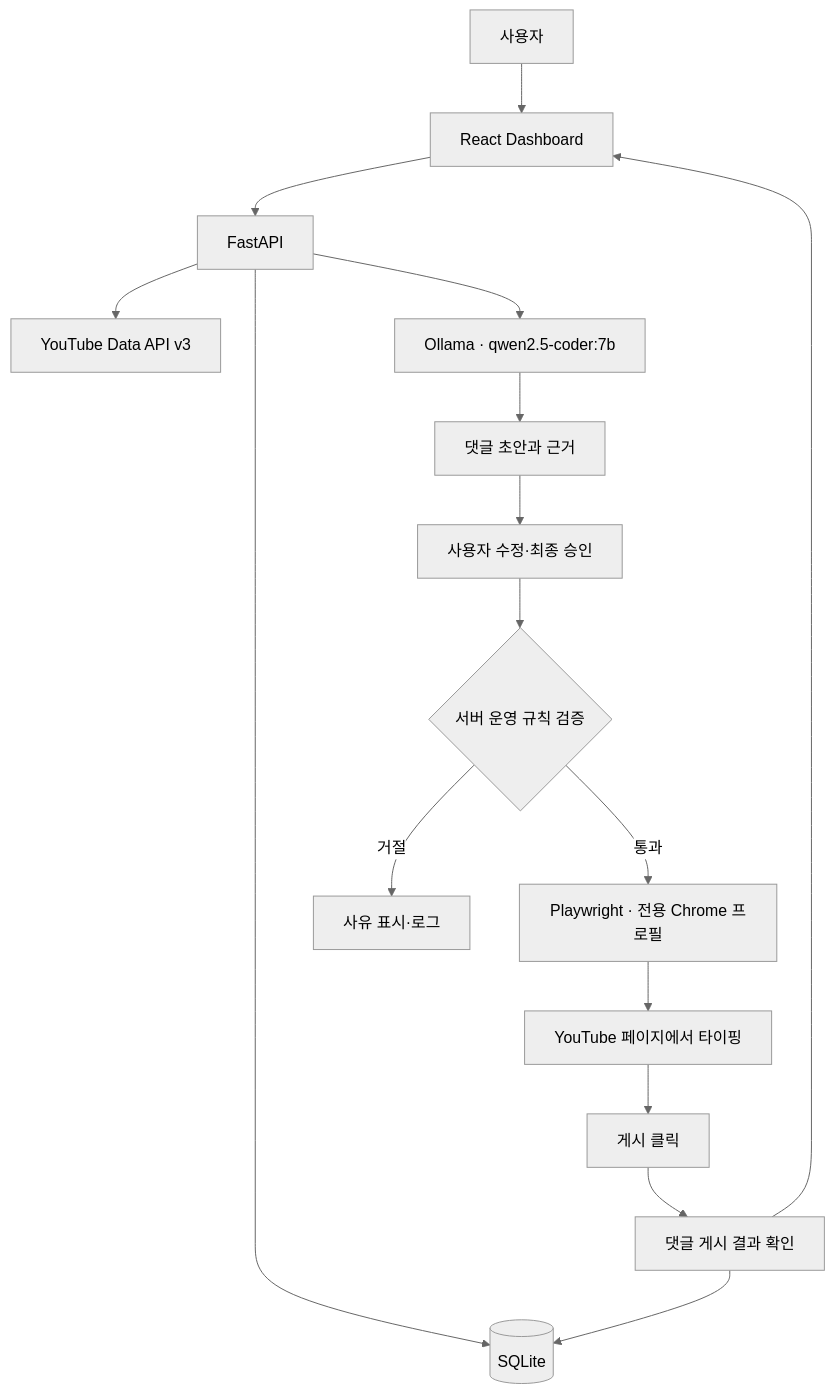
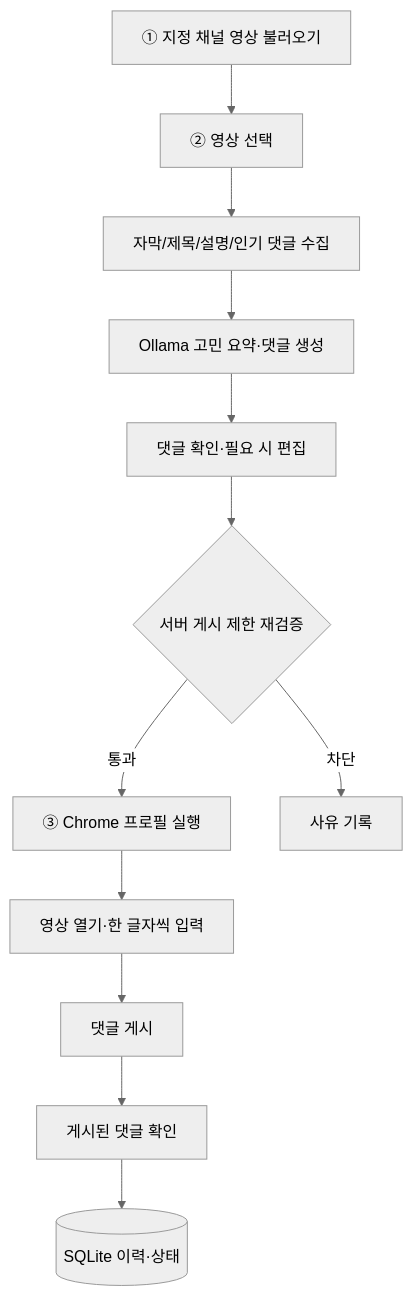
Before and after one commit to seo-gali/marketing-ai-agent: the diagram in .project/plan.md, drawn with Mermaid (neutral theme). The commit also changed other lines of this file and 5 other files, not shown here.

````diff
--- a/.project/plan.md
+++ b/.project/plan.md
@@ -79,18 +86,14 @@
 ```mermaid
 flowchart TD
-    U[사용자] --> UI[React Dashboard]
-    UI --> API[FastAPI]
-    API --> YT[YouTube Data API v3]
-    API --> AI[Ollama · qwen2.5-coder:7b]
-    API --> DB[(SQLite)]
-    AI --> D[댓글 초안과 근거]
-    D --> R[사용자 수정·최종 승인]
-    R --> G{서버 운영 규칙 검증}
-    G -->|통과| P[Playwright · 전용 Chrome 프로필]
-    G -->|거절| X[사유 표시·로그]
-    P --> T[YouTube 페이지에서 타이핑]
-    T --> S[게시 클릭]
-    S --> V[댓글 게시 결과 확인]
-    V --> DB
-    V --> UI
+  A[① 지정 채널 영상 불러오기] --> B[② 영상 선택]
+  B --> C[자막/제목/설명/인기 댓글 수집]
+  C --> D[Ollama 고민 요약·댓글 생성]
+  D --> E[댓글 확인·필요 시 편집]
+  E --> F{서버 게시 제한 재검증}
+  F -->|통과| G[③ Chrome 프로필 실행]
+  F -->|차단| X[사유 기록]
+  G --> H[영상 열기·한 글자씩 입력]
+  H --> I[댓글 게시]
+  I --> J[게시된 댓글 확인]
+  J --> K[(SQLite 이력·상태)]
 ```
````
